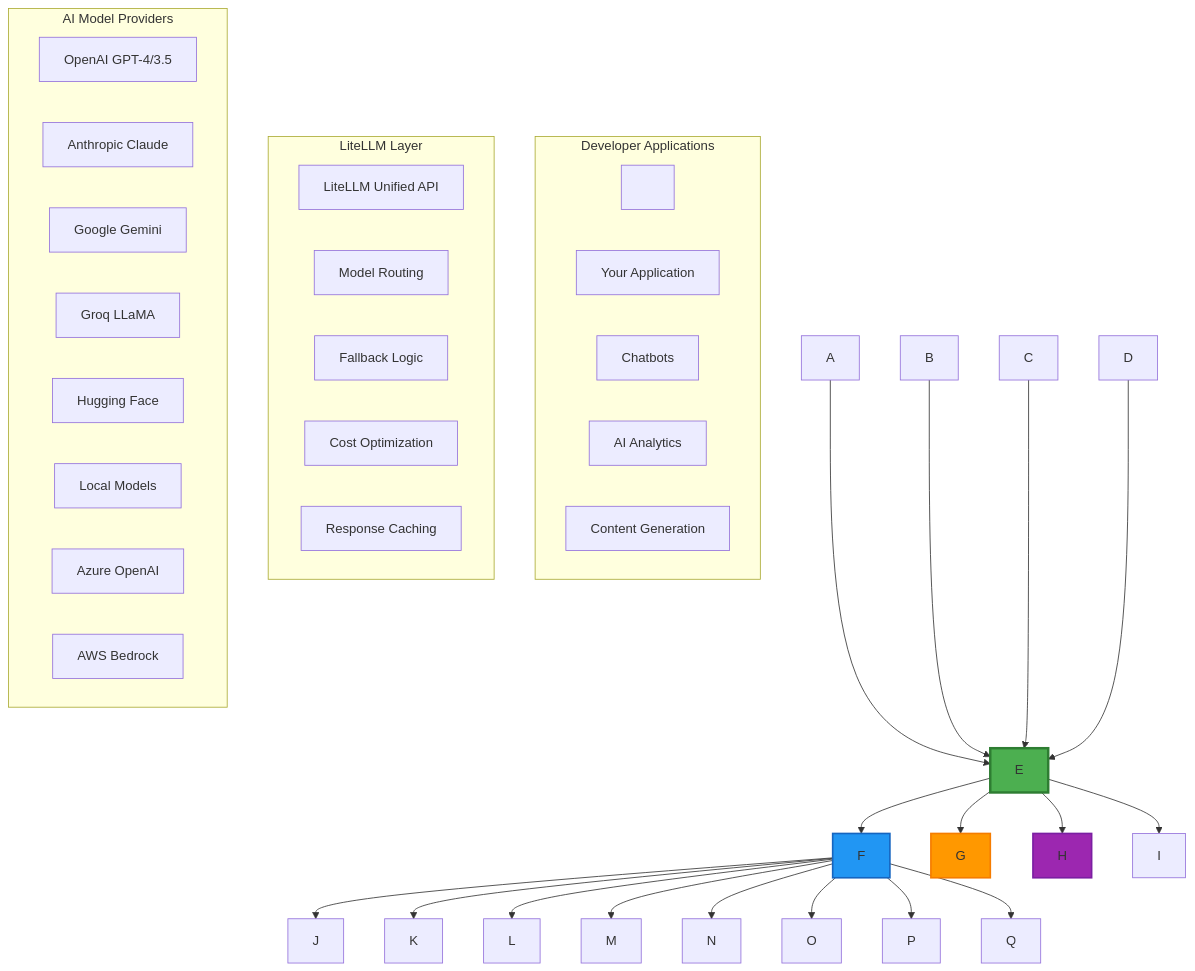
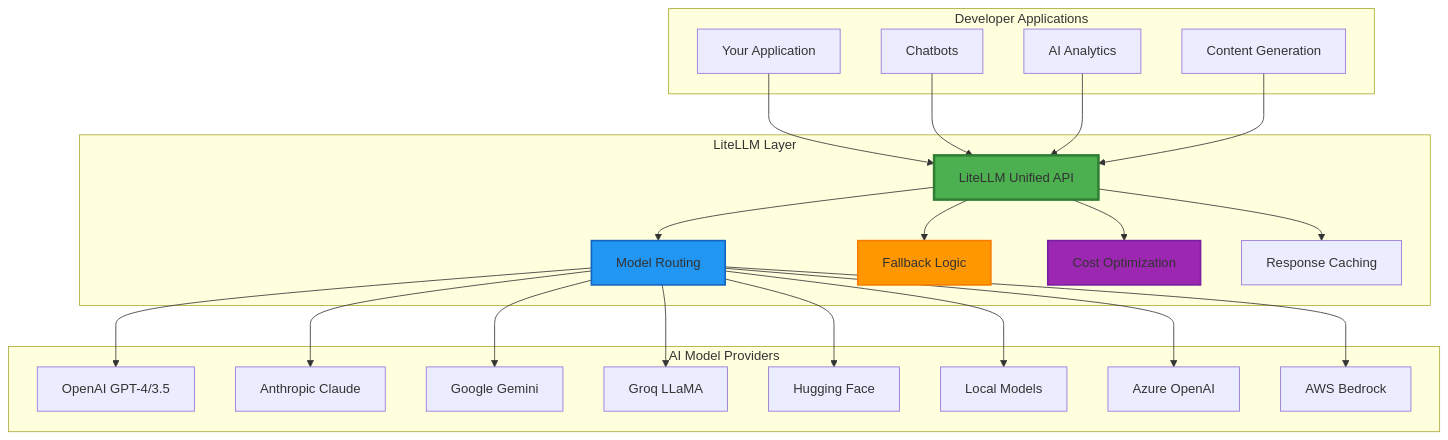
The first of 8 diagrams in README.MD (dhruvsh1997/LiteLLM-Experiments), drawn with Mermaid before and after one commit. The commit also changed other lines of this file, not shown here.

````diff
--- a/README.MD
+++ b/README.MD
@@ -85,103 +47,52 @@
 ```mermaid
-
 graph TB
-
-&nbsp;   subgraph "Developer Applications"
-
-&nbsp;       A\[Your Application]
-
-&nbsp;       B\[Chatbots]
-
-&nbsp;       C\[AI Analytics]
-
-&nbsp;       D\[Content Generation]
-
-&nbsp;   end
-
-&nbsp;   
-
-&nbsp;   subgraph "LiteLLM Layer"
-
-&nbsp;       E\[LiteLLM Unified API]
-
-&nbsp;       F\[Model Routing]
-
-&nbsp;       G\[Fallback Logic]
-
-&nbsp;       H\[Cost Optimization]
-
-&nbsp;       I\[Response Caching]
-
-&nbsp;   end
-
-&nbsp;   
-
-&nbsp;   subgraph "AI Model Providers"
-
-&nbsp;       J\[OpenAI GPT-4/3.5]
-
-&nbsp;       K\[Anthropic Claude]
-
-&nbsp;       L\[Google Gemini]
-
-&nbsp;       M\[Groq LLaMA]
-
-&nbsp;       N\[Hugging Face]
-
-&nbsp;       O\[Local Models]
-
-&nbsp;       P\[Azure OpenAI]
-
-&nbsp;       Q\[AWS Bedrock]
-
-&nbsp;   end
-
-&nbsp;   
-
-&nbsp;   A --> E
-
-&nbsp;   B --> E
-
-&nbsp;   C --> E
-
-&nbsp;   D --> E
-
-&nbsp;   
-
-&nbsp;   E --> F
-
-&nbsp;   E --> G
-
-&nbsp;   E --> H
-
-&nbsp;   E --> I
-
-&nbsp;   
-
-&nbsp;   F --> J
-
-&nbsp;   F --> K
-
-&nbsp;   F --> L
-
-&nbsp;   F --> M
-
-&nbsp;   F --> N
-
-&nbsp;   F --> O
-
-&nbsp;   F --> P
-
-&nbsp;   F --> Q
-
-&nbsp;   
-
-&nbsp;   style E fill:#4CAF50,stroke:#2E7D32,stroke-width:3px
-
-&nbsp;   style F fill:#2196F3,stroke:#1565C0,stroke-width:2px
-
-&nbsp;   style G fill:#FF9800,stroke:#F57C00,stroke-width:2px
-
-&nbsp;   style H fill:#9C27B0,stroke:#7B1FA2,stroke-width:2px
-
+    subgraph "Developer Applications"
+        A[Your Application]
+        B[Chatbots]
+        C[AI Analytics]
+        D[Content Generation]
+    end
+    
+    subgraph "LiteLLM Layer"
+        E[LiteLLM Unified API]
+        F[Model Routing]
+        G[Fallback Logic]
+        H[Cost Optimization]
+        I[Response Caching]
+    end
+    
+    subgraph "AI Model Providers"
+        J[OpenAI GPT-4/3.5]
+        K[Anthropic Claude]
+        L[Google Gemini]
+        M[Groq LLaMA]
+        N[Hugging Face]
+        O[Local Models]
+        P[Azure OpenAI]
+        Q[AWS Bedrock]
+    end
+    
+    A --> E
+    B --> E
+    C --> E
+    D --> E
+    
+    E --> F
+    E --> G
+    E --> H
+    E --> I
+    
+    F --> J
+    F --> K
+    F --> L
+    F --> M
+    F --> N
+    F --> O
+    F --> P
+    F --> Q
+    
+    style E fill:#4CAF50,stroke:#2E7D32,stroke-width:3px
+    style F fill:#2196F3,stroke:#1565C0,stroke-width:2px
+    style G fill:#FF9800,stroke:#F57C00,stroke-width:2px
+    style H fill:#9C27B0,stroke:#7B1FA2,stroke-width:2px
 ```
````
